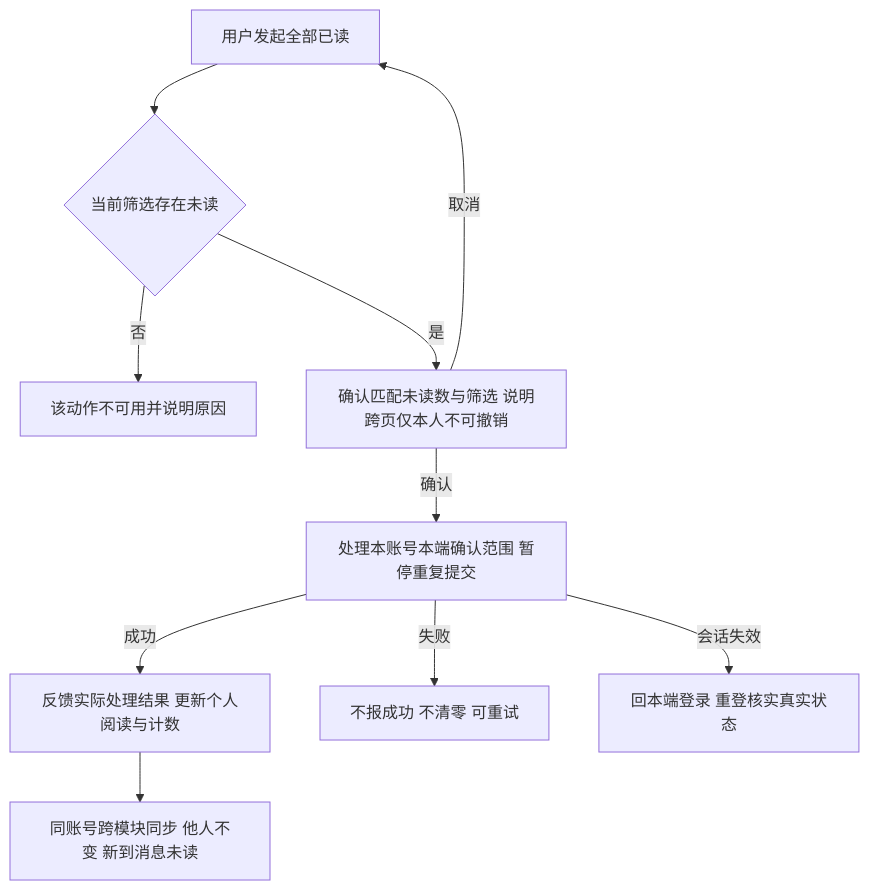
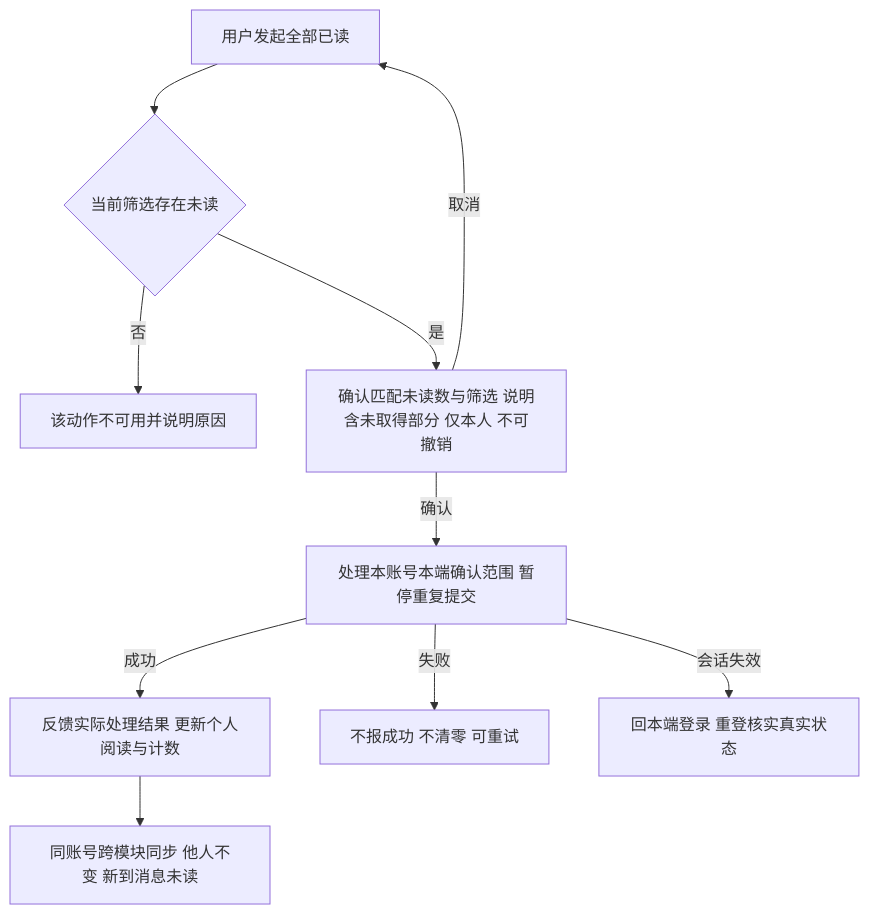
One commit to wxblockchain/Chain-Financing changed the fourth of 7 diagrams in lending-platform/PRD/v1.0-运营端消息通知/02-运营端消息通知-流程图与状态机.md. Above: the diagram before and after it, drawn with Mermaid. The commit also changed other lines of this file and 6 other files, not shown here.

````diff
--- a/lending-platform/PRD/v1.0-运营端消息通知/02-运营端消息通知-流程图与状态机.md
+++ b/lending-platform/PRD/v1.0-运营端消息通知/02-运营端消息通知-流程图与状态机.md
@@ -99,12 +99,12 @@
 ```mermaid
 flowchart TD
     A[用户发起全部已读] --> B{当前筛选存在未读}
     B -->|否| C[该动作不可用并说明原因]
-    B -->|是| D[确认匹配未读数与筛选 说明跨页仅本人不可撤销]
+    B -->|是| D[确认匹配未读数与筛选 说明含未取得部分 仅本人 不可撤销]
     D -->|取消| A
     D -->|确认| E[处理本账号本端确认范围 暂停重复提交]
     E -->|成功| F[反馈实际处理结果 更新个人阅读与计数]
     E -->|失败| G[不报成功 不清零 可重试]
     E -->|会话失效| H[回本端登录 重登核实真实状态]
     F --> I[同账号跨模块同步 他人不变 新到消息未读]
 ```
````
